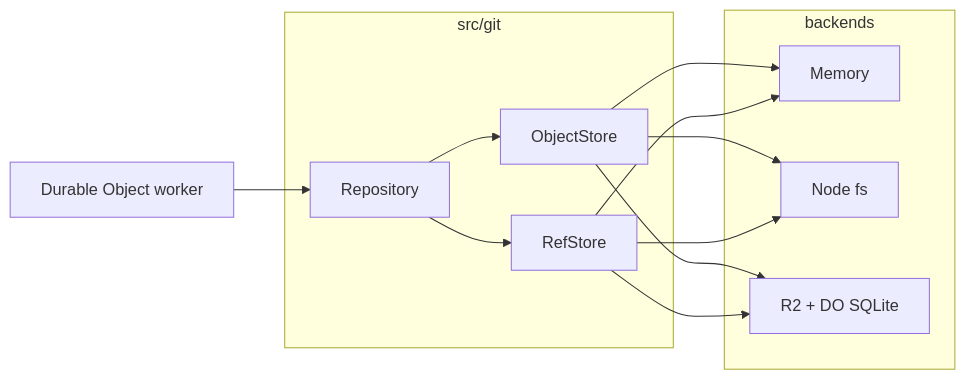
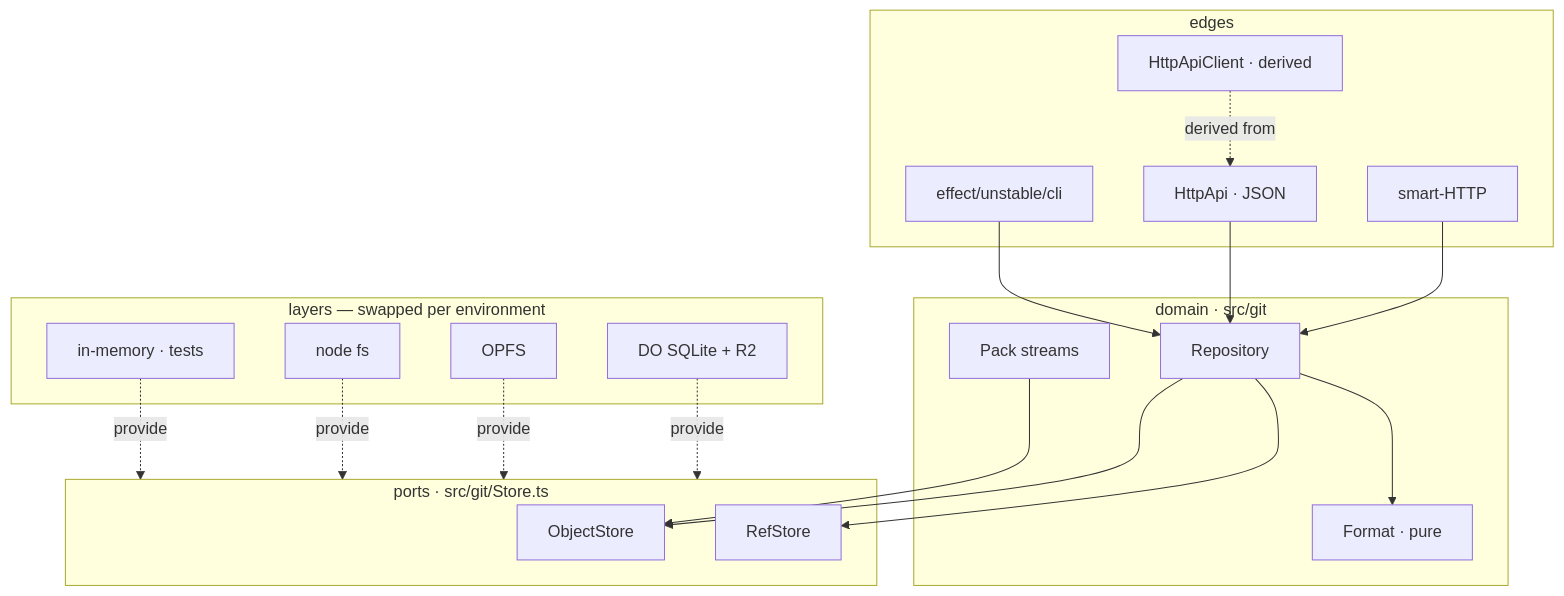
One commit to chr33s/git changed the diagram in readme.md. Above: the diagram before and after it, drawn with Mermaid. The commit also changed other lines of this file and 9 other files, not shown here.

````diff
--- a/readme.md
+++ b/readme.md
@@ -29,24 +83,36 @@
 ```mermaid
-flowchart LR
-	subgraph domain["src/git"]
-		R[Repository]
+flowchart TB
+	subgraph ports["ports · src/git/Store.ts"]
 		OS[ObjectStore]
 		RS[RefStore]
 	end
 
-	subgraph backends
-		M[Memory]
-		N[Node fs]
-		CF[R2 + DO SQLite]
+	subgraph domain["domain · src/git"]
+		REPO[Repository]
+		PACK[Pack streams]
+		FMT[Format · pure]
 	end
 
-	DO[Durable Object worker] --> R
-	R --> OS
-	R --> RS
-	OS --> M
-	OS --> N
-	OS --> CF
-	RS --> M
-	RS --> N
-	RS --> CF
+	subgraph edges["edges"]
+		PROTO[smart-HTTP]
+		API[HttpApi · JSON]
+		CLI[effect/unstable/cli]
+		CLIENT[HttpApiClient · derived]
+	end
+
+	subgraph layers["layers — swapped per environment"]
+		CF[DO SQLite + R2]
+		OPFS[OPFS]
+		NODE[node fs]
+		MEM[in-memory · tests]
+	end
+
+	PROTO --> REPO
+	API --> REPO
+	CLI --> REPO
+	CLIENT -.derived from.-> API
+	REPO --> OS & RS
+	REPO --> FMT
+	PACK --> OS
+	CF & OPFS & NODE & MEM -.provide.-> ports
 ```
````
